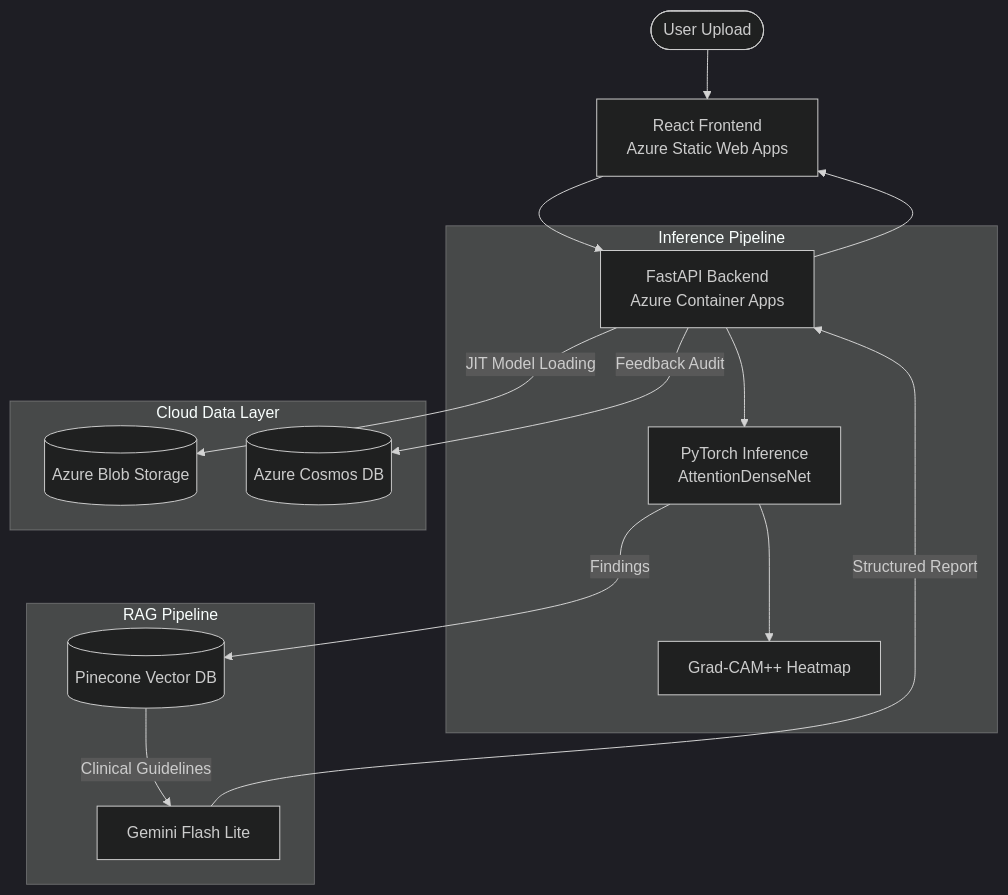
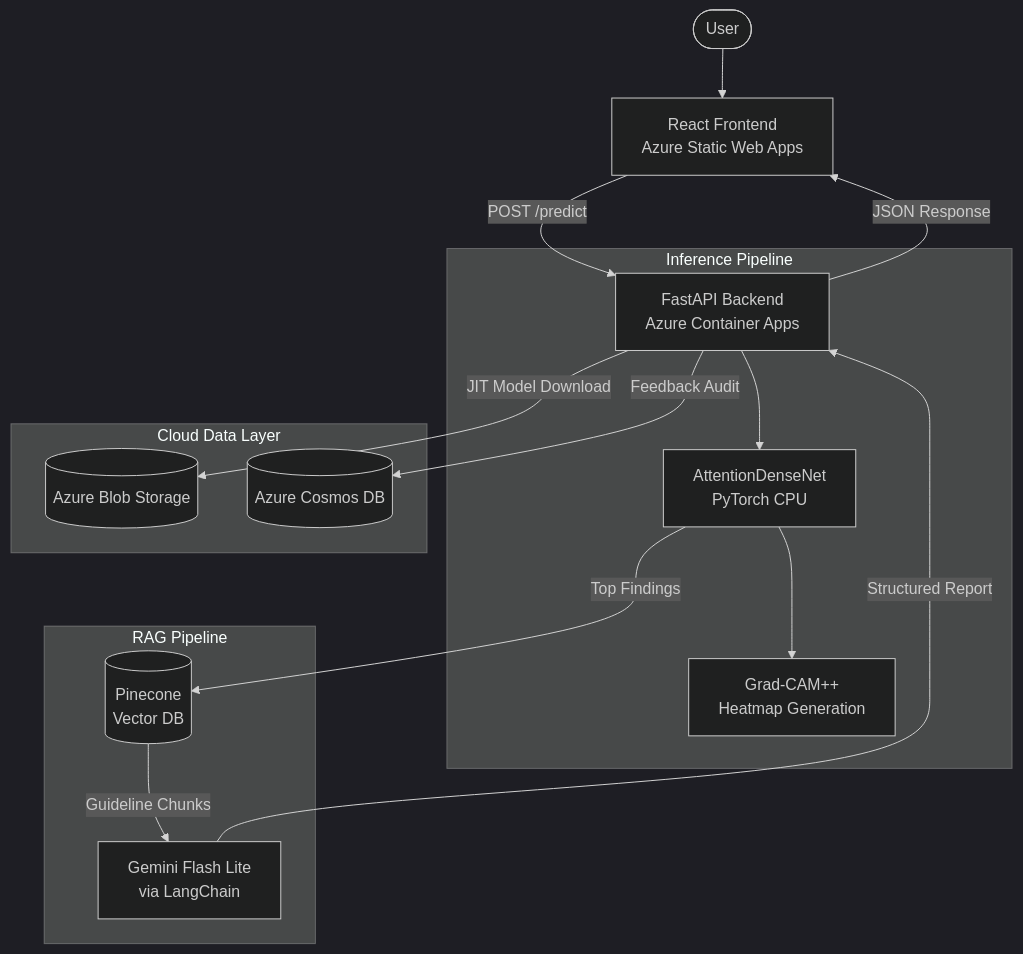
Before and after one commit to anaCS-26/Pulmolens-model: the diagram in README.md, drawn with Mermaid (dark theme). The commit also changed other lines of this file and 1 other file, not shown here.

````diff
--- a/README.md
+++ b/README.md
@@ -32,23 +37,23 @@
 ```mermaid
 graph TD
-    User([User Upload]) --> FE[React Frontend<br/>Azure Static Web Apps]
-    FE --> BE[FastAPI Backend<br/>Azure Container Apps]
+    User([User]) --> FE[React Frontend<br/>Azure Static Web Apps]
+    FE -->|POST /predict| BE[FastAPI Backend<br/>Azure Container Apps]
     
-    subgraph "Inference Pipeline"
-        BE --> DL[PyTorch Inference<br/>AttentionDenseNet]
-        DL --> CAM[Grad-CAM++ Heatmap]
+    subgraph Inference Pipeline
+        BE --> MODEL[AttentionDenseNet<br/>PyTorch CPU]
+        MODEL --> CAM[Grad-CAM++<br/>Heatmap Generation]
     end
     
-    subgraph "RAG Pipeline"
-        DL -- Findings --> VDB[(Pinecone Vector DB)]
-        VDB -- Clinical Guidelines --> LLM[Gemini Flash Lite]
-        LLM -- Structured Report --> BE
+    subgraph RAG Pipeline
+        MODEL -->|Top Findings| VDB[(Pinecone<br/>Vector DB)]
+        VDB -->|Guideline Chunks| LLM[Gemini Flash Lite<br/>via LangChain]
+        LLM -->|Structured Report| BE
     end
     
-    subgraph "Cloud Data Layer"
-        BE -- JIT Model Loading --> ABS[(Azure Blob Storage)]
-        BE -- Feedback Audit --> Cosmos[(Azure Cosmos DB)]
+    subgraph Cloud Data Layer
+        BE -->|JIT Model Download| BLOB[(Azure Blob Storage)]
+        BE -->|Feedback Audit| COSMOS[(Azure Cosmos DB)]
     end
     
-    BE --> FE
+    BE -->|JSON Response| FE
 ```
````
